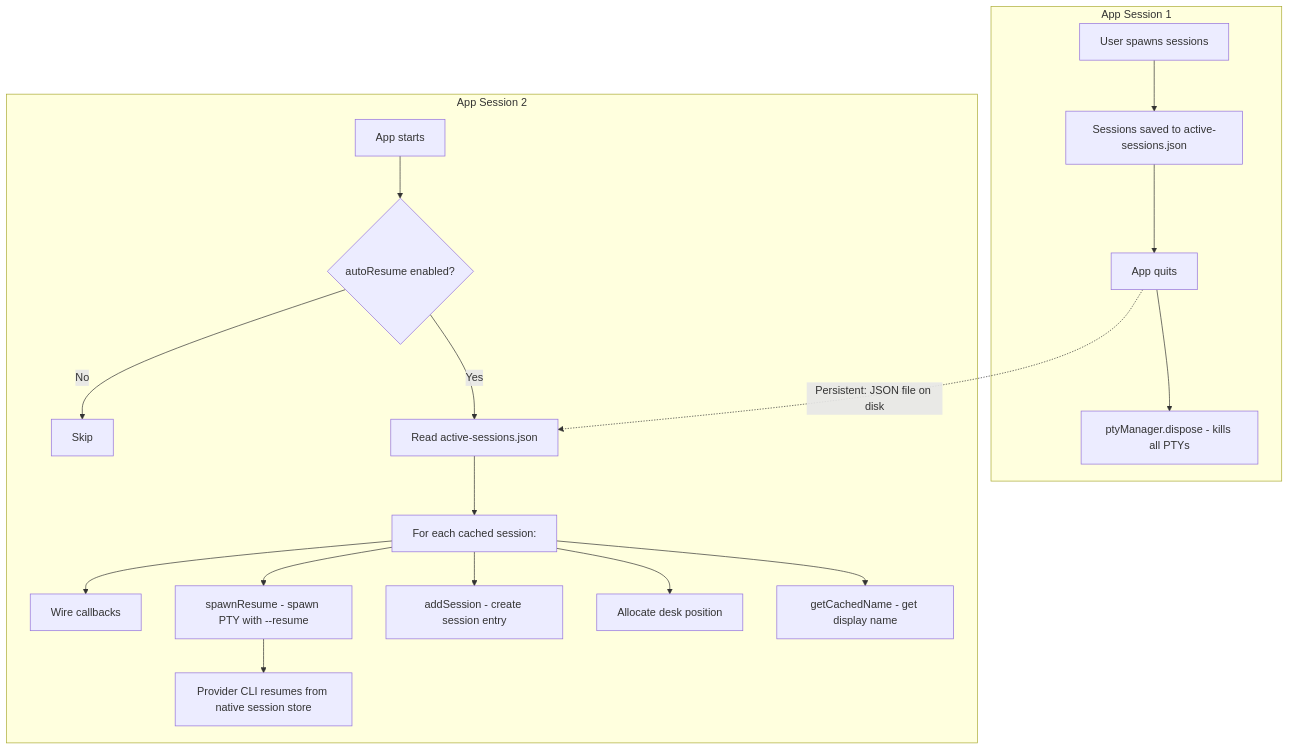
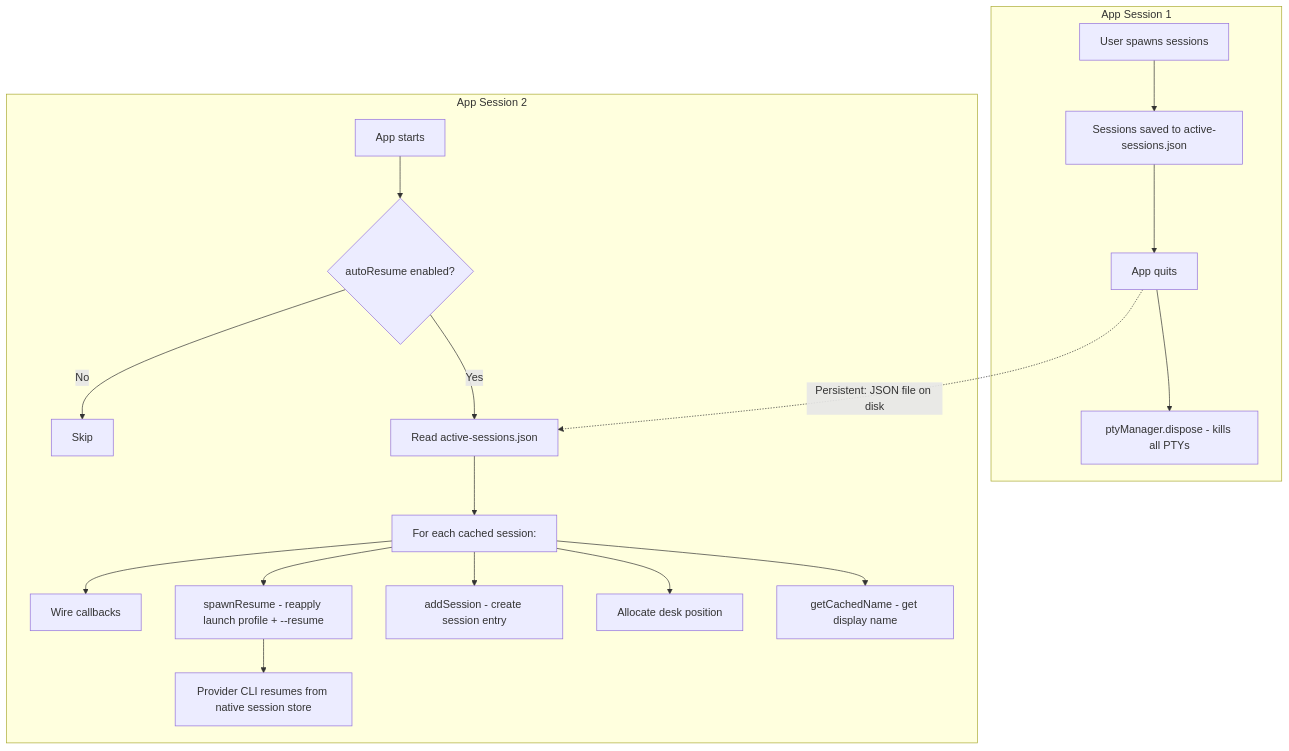
Before and after one commit to Nahom-Kefelegne/AgentMatrix: the seventh of 7 diagrams in docs/design/electron-pty.md, drawn with Mermaid. The commit also changed other lines of this file and 25 other files, not shown here.

````diff
--- a/docs/design/electron-pty.md
+++ b/docs/design/electron-pty.md
@@ -770,25 +781,25 @@
 ```mermaid
 graph TD
     subgraph App Session 1
         S1[User spawns sessions]
         S1 --> C1[Sessions saved to active-sessions.json]
         C1 --> Q1[App quits]
         Q1 --> K1[ptyManager.dispose - kills all PTYs]
     end
 
     subgraph App Session 2
         R1[App starts]
         R1 --> R2{autoResume enabled?}
         R2 -->|Yes| R3[Read active-sessions.json]
         R3 --> R4[For each cached session:]
         R4 --> R5[getCachedName - get display name]
         R4 --> R6[Allocate desk position]
         R4 --> R7[addSession - create session entry]
-        R4 --> R8[spawnResume - spawn PTY with --resume]
+        R4 --> R8[spawnResume - reapply launch profile + --resume]
         R4 --> R9[Wire callbacks]
         R8 --> R10[Provider CLI resumes from native session store]
         R2 -->|No| R11[Skip]
     end
 
     Q1 -.->|"Persistent: JSON file on disk"| R3
 ```
````
